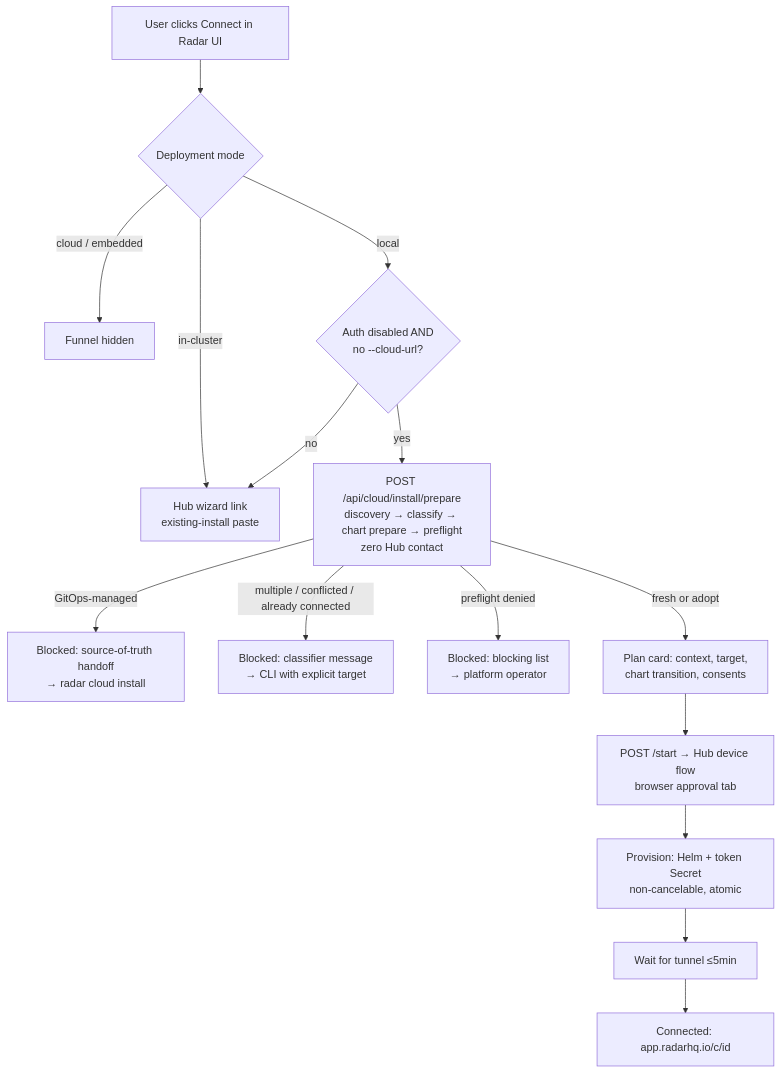
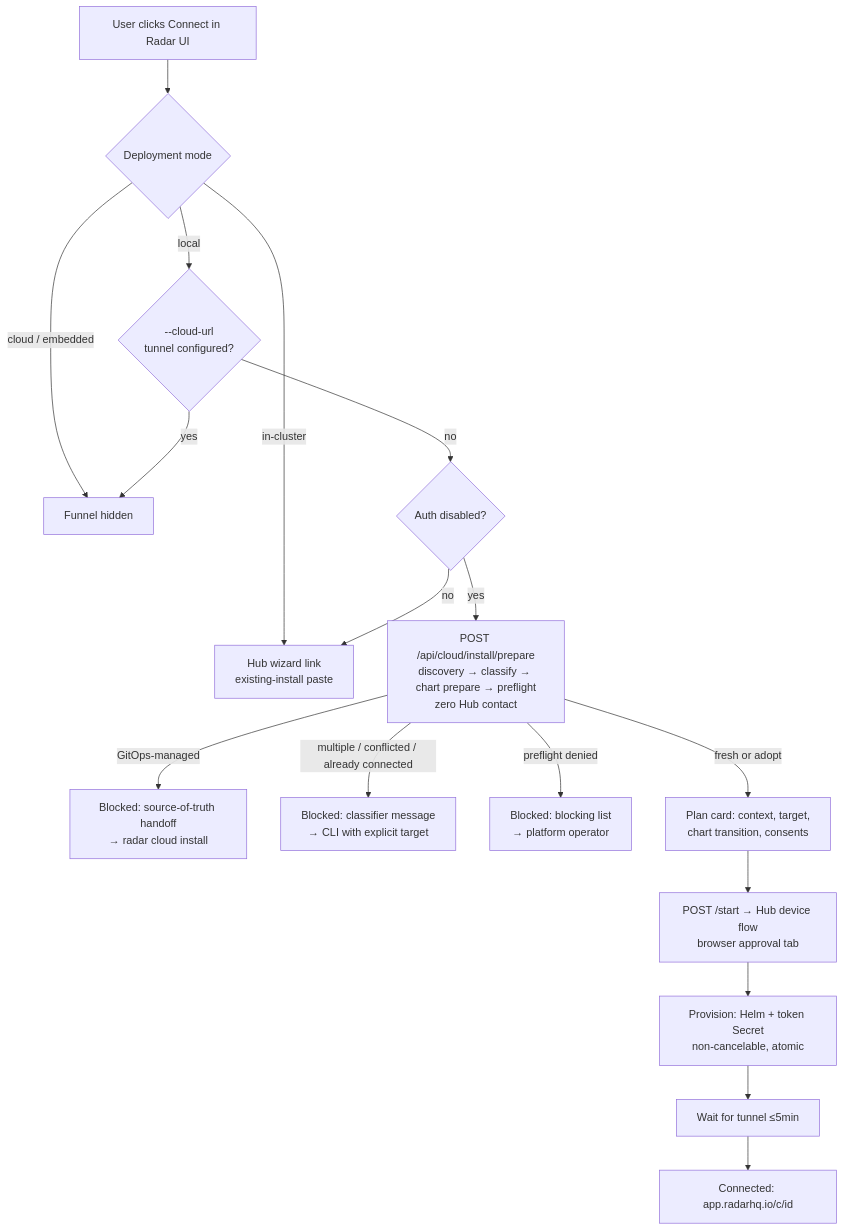
Before and after one commit to skyhook-io/radar: the first of 2 diagrams in docs/cloud-connect.md, drawn with Mermaid. The commit also changed other lines of this file and 13 other files, not shown here.

````diff
--- a/docs/cloud-connect.md
+++ b/docs/cloud-connect.md
@@ -47,17 +48,19 @@
 ```mermaid
 flowchart TD
     A[User clicks Connect in Radar UI] --> B{Deployment mode}
     B -->|cloud / embedded| Z[Funnel hidden]
     B -->|in-cluster| W["Hub wizard link<br/>existing-install paste"]
-    B -->|local| C{"Auth disabled AND<br/>no --cloud-url?"}
+    B -->|local| C0{"--cloud-url<br/>tunnel configured?"}
+    C0 -->|yes| Z
+    C0 -->|no| C{"Auth disabled?"}
     C -->|no| W
     C -->|yes| D["POST /api/cloud/install/prepare<br/>discovery → classify → chart prepare → preflight<br/>zero Hub contact"]
     D -->|GitOps-managed| G["Blocked: source-of-truth handoff<br/>→ radar cloud install"]
     D -->|multiple / conflicted / already connected| G2["Blocked: classifier message<br/>→ CLI with explicit target"]
     D -->|preflight denied| G3["Blocked: blocking list<br/>→ platform operator"]
     D -->|fresh or adopt| E["Plan card: context, target,<br/>chart transition, consents"]
     E --> F["POST /start → Hub device flow<br/>browser approval tab"]
     F --> H["Provision: Helm + token Secret<br/>non-cancelable, atomic"]
     H --> I["Wait for tunnel ≤5min"]
     I --> J["Connected: app.radarhq.io/c/id"]
 ```
````
